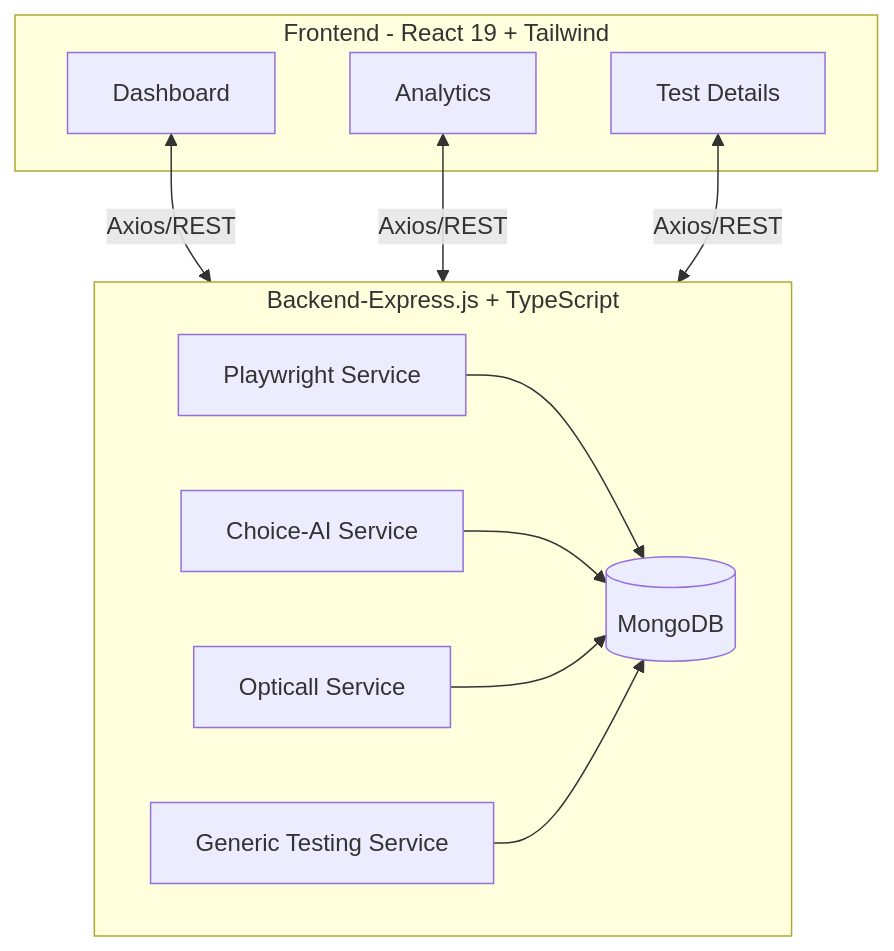
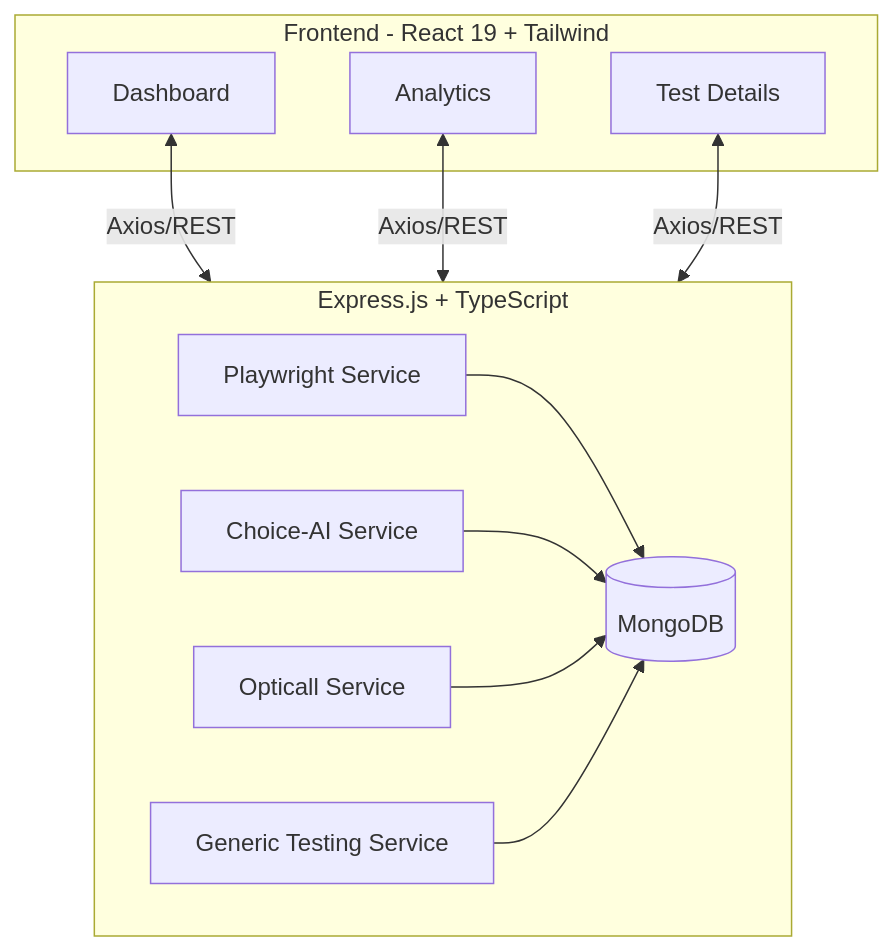
One commit to Aayushhh07/PSI-QA changed the diagram in README.md. Above: the diagram before and after it, drawn with Mermaid.

````diff
--- a/README.md
+++ b/README.md
@@ -139,29 +139,29 @@
 ```mermaid
 flowchart TD
   subgraph Frontend[Frontend - React 19 + Tailwind]
     D[Dashboard]
     A[Analytics]
     T[Test Details]
   end
 
-  subgraph Backend[Backend-Express.js + TypeScript]
+  subgraph Backend[Express.js + TypeScript]
 
 
     P[Playwright Service]
     C[Choice-AI Service]
     O[Opticall Service]
     G[Generic Testing Service]
     DB[(MongoDB)]
   end
 
   D <-- Axios/REST --> Backend
   A <-- Axios/REST --> Backend
   T <-- Axios/REST --> Backend
 
   P --> DB
   C --> DB
   O --> DB
   G --> DB
 
 
 ```
````
